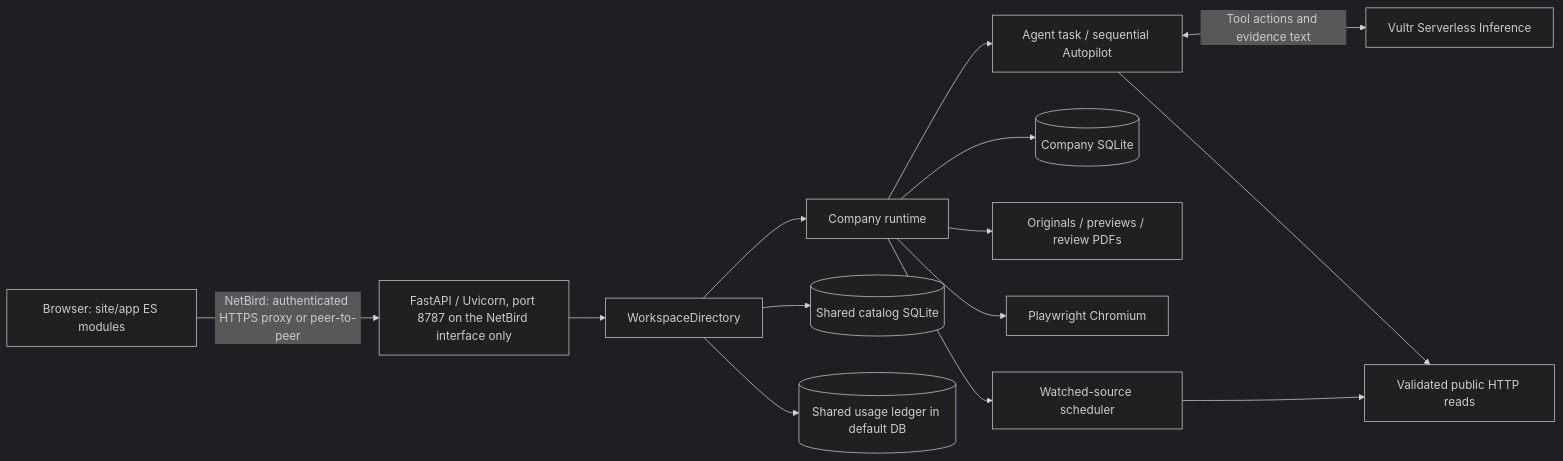
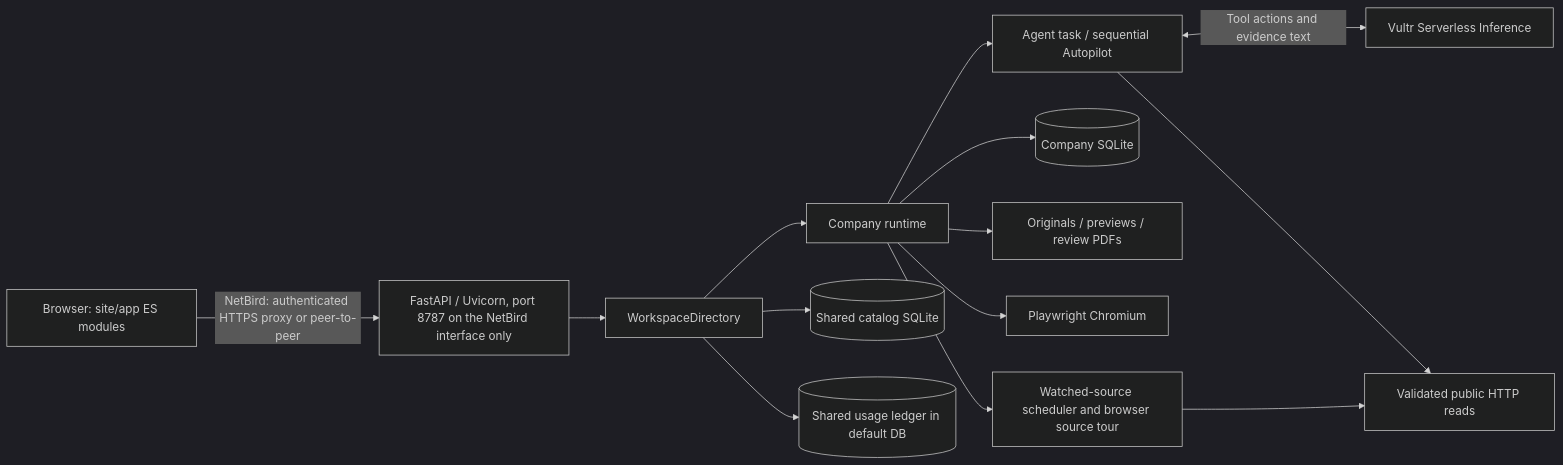
Before and after one commit to yveshughes/rfp-agent: the diagram in app/docs/architecture.md, drawn with Mermaid (dark theme). The commit also changed 8 other files, not shown here.

First line of the commit message:
Review watched listings in Billy's browser with a visible source tour

````diff
--- a/app/docs/architecture.md
+++ b/app/docs/architecture.md
@@ -5,16 +5,16 @@
 ```mermaid
 flowchart LR
   UI[Browser: site/app ES modules] -->|NetBird: authenticated HTTPS proxy or peer-to-peer| API[FastAPI / Uvicorn, port 8787 on the NetBird interface only]
   API --> DIR[WorkspaceDirectory]
   DIR --> R[Company runtime]
   R --> AG[Agent task / sequential Autopilot]
   AG <-->|Tool actions and evidence text| LLM[Vultr Serverless Inference]
   R --> DB[(Company SQLite)]
   R --> FILES[Originals / previews / review PDFs]
   R --> B[Playwright Chromium]
-  R --> W[Watched-source scheduler]
+  R --> W[Watched-source scheduler and browser source tour]
   W --> GET[Validated public HTTP reads]
   AG --> GET
   DIR --> CAT[(Shared catalog SQLite)]
   DIR --> USAGE[(Shared usage ledger in default DB)]
 ```
````
